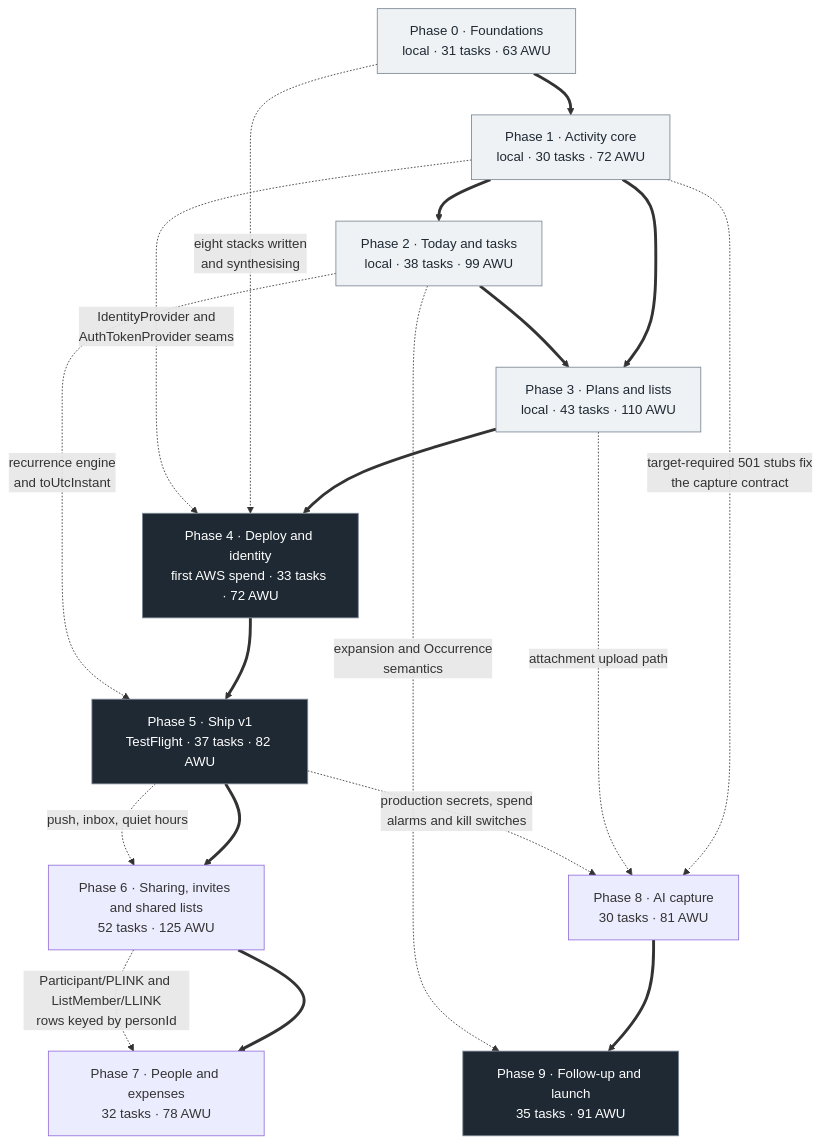
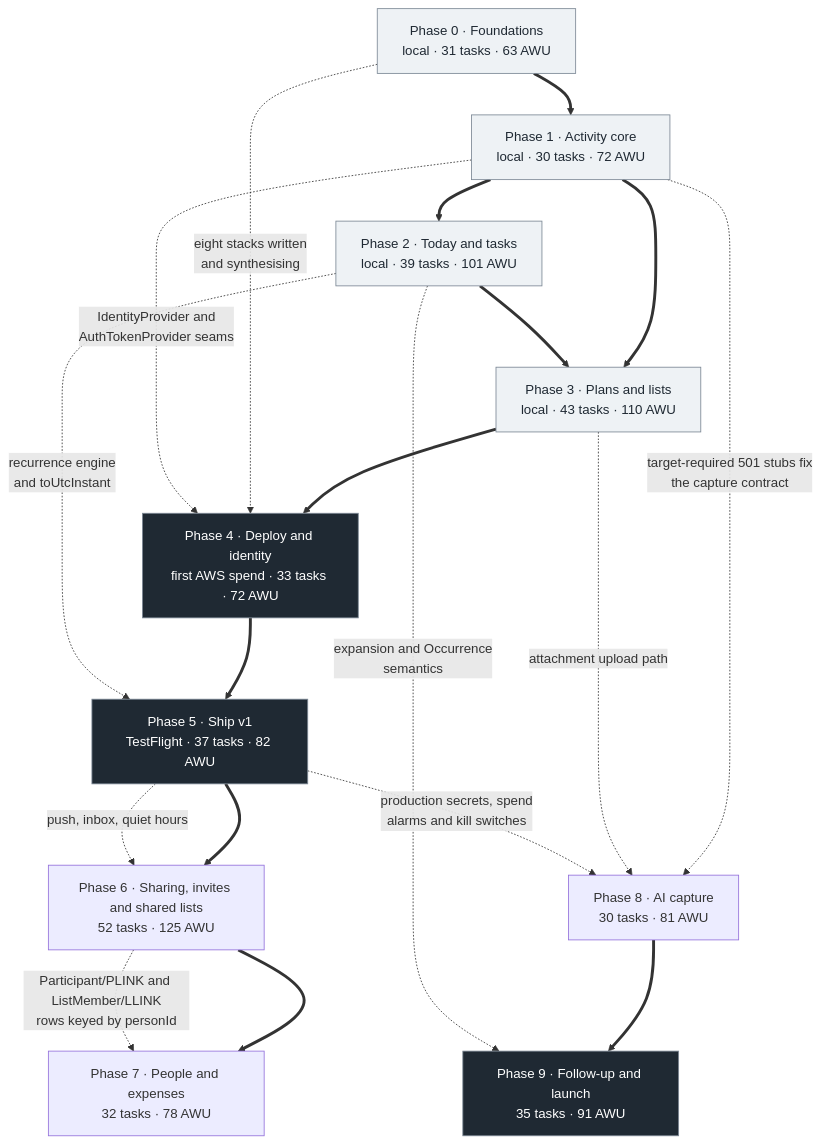
Before and after one commit to malikujjwal/ordinarydays: the diagram in docs/03-implementation/roadmap.md, drawn with Mermaid. The commit also changed other lines of this file and 18 other files, not shown here.

````diff
--- a/docs/03-implementation/roadmap.md
+++ b/docs/03-implementation/roadmap.md
@@ -238,38 +238,38 @@
 ```mermaid
 graph TD
     P0["Phase 0 · Foundations<br/>local · 31 tasks · 63 AWU"]
     P1["Phase 1 · Activity core<br/>local · 30 tasks · 72 AWU"]
-    P2["Phase 2 · Today and tasks<br/>local · 38 tasks · 99 AWU"]
+    P2["Phase 2 · Today and tasks<br/>local · 39 tasks · 101 AWU"]
     P3["Phase 3 · Plans and lists<br/>local · 43 tasks · 110 AWU"]
     P4["Phase 4 · Deploy and identity<br/>first AWS spend · 33 tasks · 72 AWU"]
     P5["Phase 5 · Ship v1<br/>TestFlight · 37 tasks · 82 AWU"]
     P6["Phase 6 · Sharing, invites and shared lists<br/>52 tasks · 125 AWU"]
     P7["Phase 7 · People and expenses<br/>32 tasks · 78 AWU"]
     P8["Phase 8 · AI capture<br/>30 tasks · 81 AWU"]
     P9["Phase 9 · Follow-up and launch<br/>35 tasks · 91 AWU"]
 
     P0 ==> P1
     P1 ==> P2
     P1 ==> P3
     P2 ==> P3
     P3 ==> P4
     P4 ==> P5
     P5 ==> P6
     P6 ==> P7
     P8 ==> P9
 
     P0 -. "eight stacks written<br/>and synthesising" .-> P4
     P1 -. "IdentityProvider and<br/>AuthTokenProvider seams" .-> P4
     P1 -. "target-required 501 stubs fix<br/>the capture contract" .-> P8
     P2 -. "recurrence engine<br/>and toUtcInstant" .-> P5
     P2 -. "expansion and Occurrence<br/>semantics" .-> P9
     P3 -. "attachment upload path" .-> P8
     P5 -. "production secrets, spend<br/>alarms and kill switches" .-> P8
     P5 -. "push, inbox, quiet hours" .-> P6
     P6 -. "Participant/PLINK and ListMember/LLINK<br/>rows keyed by personId" .-> P7
 
     classDef local fill:#eef2f5,stroke:#7b8794,color:#1f2933
     classDef ship fill:#1f2933,stroke:#7b8794,color:#ffffff
     class P0,P1,P2,P3 local
     class P4,P5,P9 ship
 ```
````
